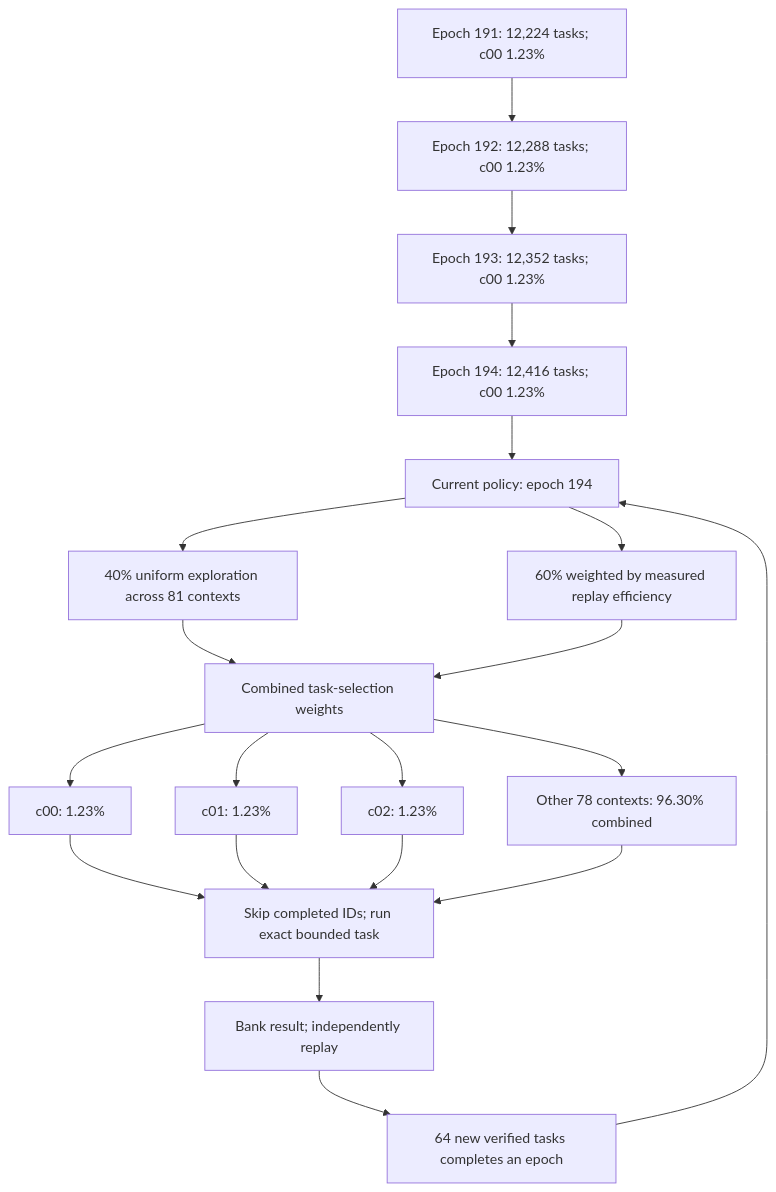
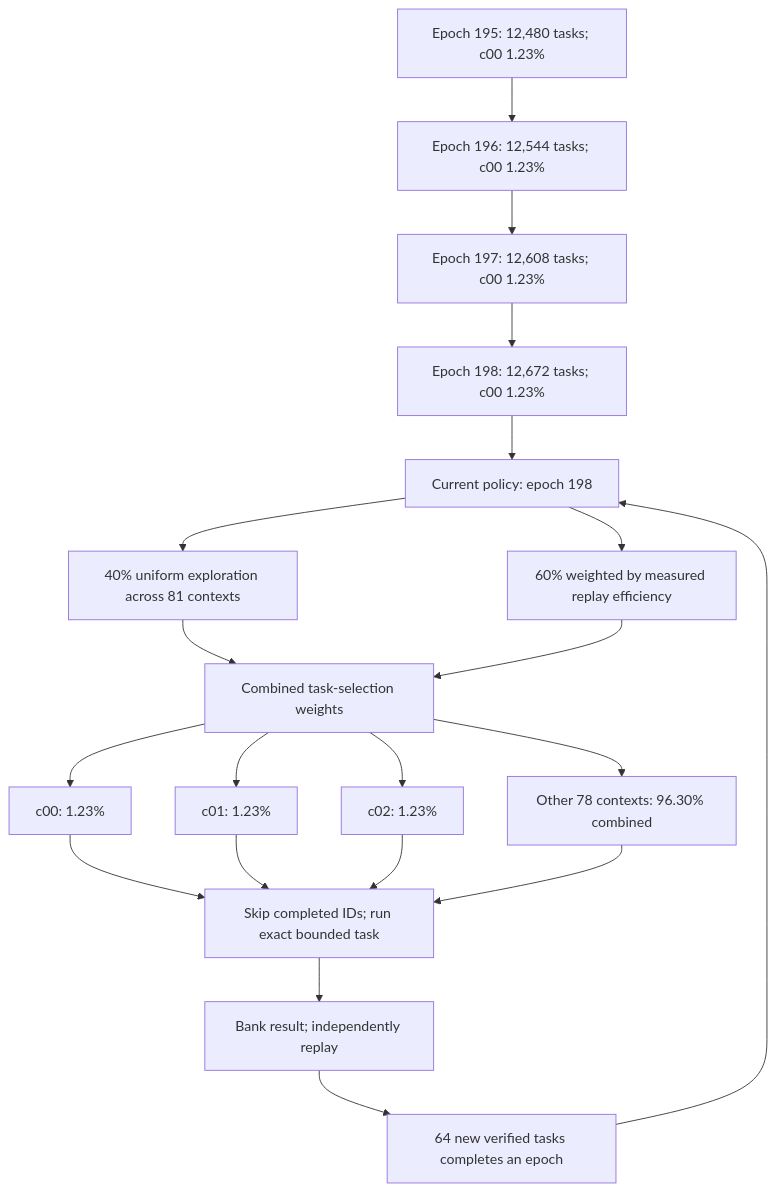
Before and after one commit to Kuberwastaken/math-gambling: the diagram in README.md, drawn with Mermaid. The commit also changed other lines of this file and 592 other files, not shown here.

````diff
--- a/README.md
+++ b/README.md
@@ -49,27 +49,27 @@
 ```mermaid
 flowchart TD
-    H0["Epoch 191: 12,224 tasks; c00 1.23%"]
-    H1["Epoch 192: 12,288 tasks; c00 1.23%"]
+    H0["Epoch 195: 12,480 tasks; c00 1.23%"]
+    H1["Epoch 196: 12,544 tasks; c00 1.23%"]
     H0 --> H1
-    H2["Epoch 193: 12,352 tasks; c00 1.23%"]
+    H2["Epoch 197: 12,608 tasks; c00 1.23%"]
     H1 --> H2
-    H3["Epoch 194: 12,416 tasks; c00 1.23%"]
+    H3["Epoch 198: 12,672 tasks; c00 1.23%"]
     H2 --> H3
-    Policy["Current policy: epoch 194"]
+    Policy["Current policy: epoch 198"]
     H3 --> Policy
     Policy --> Explore["40% uniform exploration across 81 contexts"]
     Policy --> Cost["60% weighted by measured replay efficiency"]
     Explore --> Mix["Combined task-selection weights"]
     Cost --> Mix
     Mix --> C0["c00: 1.23%"]
     Mix --> C1["c01: 1.23%"]
     Mix --> C2["c02: 1.23%"]
     Mix --> Rest["Other 78 contexts: 96.30% combined"]
     C0 --> Check["Skip completed IDs; run exact bounded task"]
     C1 --> Check
     C2 --> Check
     Rest --> Check
     Check --> Replay["Bank result; independently replay"]
     Replay --> Gate["64 new verified tasks completes an epoch"]
     Gate --> Policy
 ```
````
